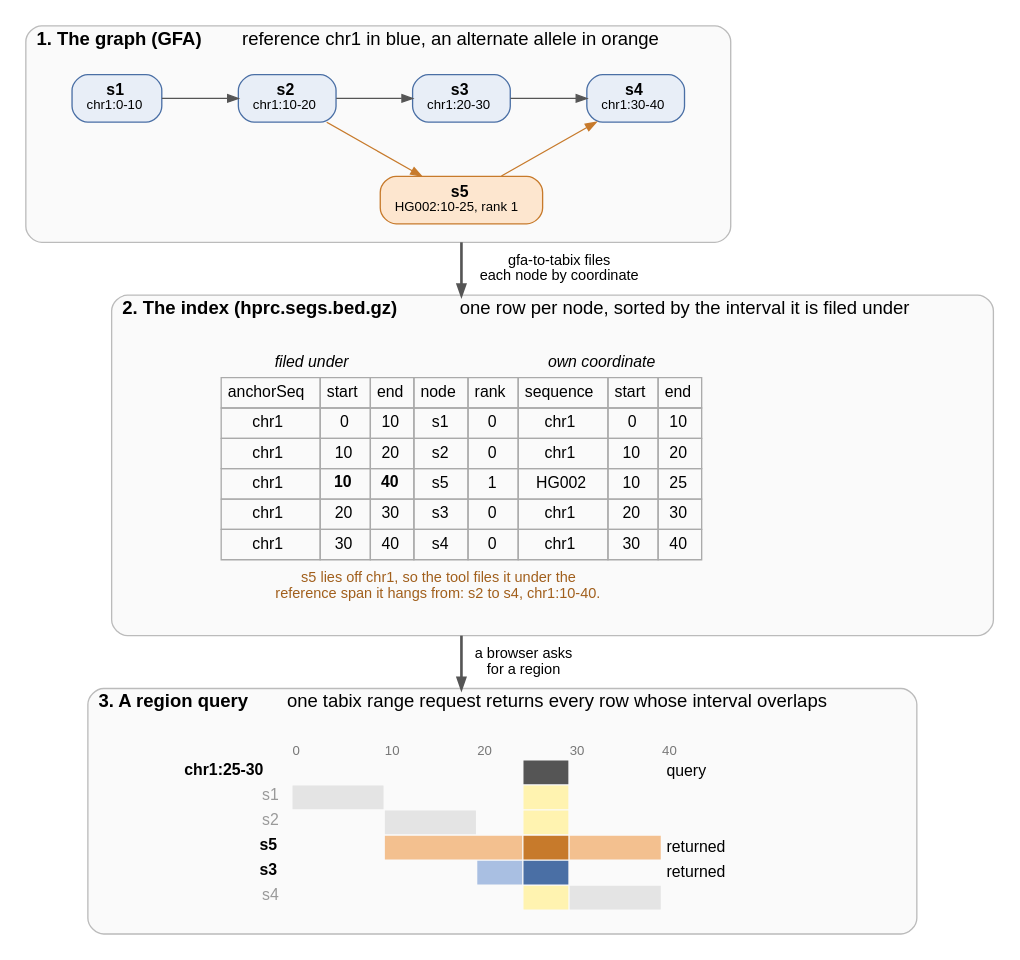
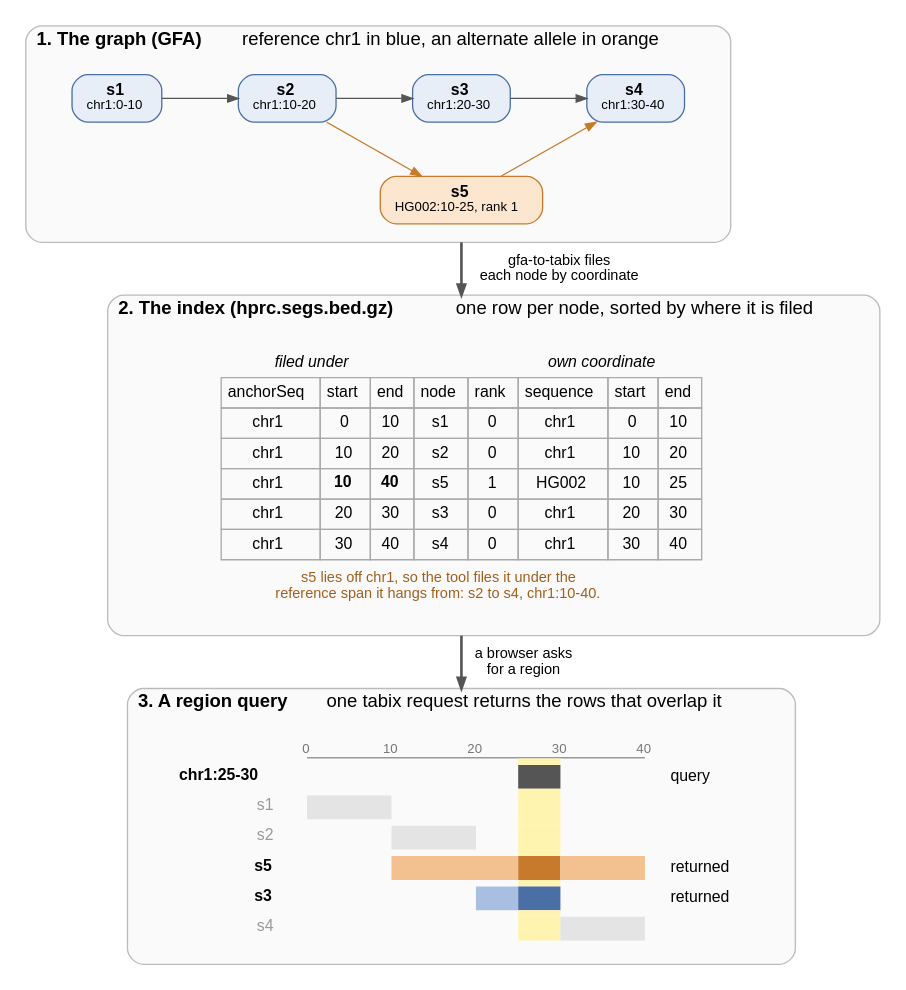
The diagram in docs/overview.dot (GMOD/gfa-to-tabix), drawn with Graphviz before and after one commit. The commit also changed 1 other file, not shown here.

Commit message:
Overview figure: ruler ticks sit on their boundaries, query band runs unbroken, shorter panel subtitles

```diff
--- a/docs/overview.dot
+++ b/docs/overview.dot
@@ -1,76 +1,84 @@
 // Draw with: dot -Tsvg docs/overview.dot -o docs/overview.svg
 digraph overview {
   bgcolor="white"
   fontname="Helvetica"
   rankdir=TB
   newrank=true
   compound=true
   nodesep=0.4
   ranksep=0.55
   node [fontname="Helvetica", fontsize=12, shape=box, style="filled,rounded", fillcolor="#e8eef7", color="#4a6fa5", margin="0.15,0.06"]
   edge [fontname="Helvetica", fontsize=11, color="#555555", arrowsize=0.8]
 
   subgraph cluster_graph {
     label=<<B>1. The graph (GFA)</B>   reference chr1 in blue, an alternate allele in orange>
     labeljust=l
     fontsize=14
     color="#bbbbbb"
     style="rounded,filled"
     fillcolor="#fafafa"
     margin=14
     s1 [label=<<B>s1</B><BR/><FONT POINT-SIZE="10">chr1:0-10</FONT>>]
     s2 [label=<<B>s2</B><BR/><FONT POINT-SIZE="10">chr1:10-20</FONT>>]
     s3 [label=<<B>s3</B><BR/><FONT POINT-SIZE="10">chr1:20-30</FONT>>]
     s4 [label=<<B>s4</B><BR/><FONT POINT-SIZE="10">chr1:30-40</FONT>>]
     s5 [label=<<B>s5</B><BR/><FONT POINT-SIZE="10">HG002:10-25, rank 1</FONT>>, fillcolor="#fde6cf", color="#c77a2b"]
     {rank=same; s1; s2; s3; s4}
     s1 -> s2 -> s3 -> s4 [weight=20]
     s3 -> s5 [style=invis, weight=20]
     s2 -> s5 [color="#c77a2b", weight=0]
     s5 -> s4 [color="#c77a2b", weight=0]
   }
 
   subgraph cluster_files {
-    label=<<B>2. The index (hprc.segs.bed.gz)</B>   one row per node, sorted by the interval it is filed under>
+    label=<<B>2. The index (hprc.segs.bed.gz)</B>   one row per node, sorted by where it is filed>
     labeljust=l
     fontsize=14
     color="#bbbbbb"
     style="rounded,filled"
     fillcolor="#fafafa"
     margin=14
     rows [shape=plaintext, style="", label=<
       <TABLE BORDER="0" CELLBORDER="1" CELLSPACING="0" CELLPADDING="4" COLOR="#aaaaaa">
         <TR><TD COLSPAN="3" BORDER="0"><I>filed under</I></TD><TD COLSPAN="2" BORDER="0"></TD><TD COLSPAN="3" BORDER="0"><I>own coordinate</I></TD></TR>
         <TR BGCOLOR="#dddddd"><TD>anchorSeq</TD><TD>start</TD><TD>end</TD><TD>node</TD><TD>rank</TD><TD>sequence</TD><TD>start</TD><TD>end</TD></TR>
         <TR BGCOLOR="#e8eef7"><TD>chr1</TD><TD>0</TD><TD>10</TD><TD>s1</TD><TD>0</TD><TD>chr1</TD><TD>0</TD><TD>10</TD></TR>
         <TR BGCOLOR="#e8eef7"><TD>chr1</TD><TD>10</TD><TD>20</TD><TD>s2</TD><TD>0</TD><TD>chr1</TD><TD>10</TD><TD>20</TD></TR>
         <TR BGCOLOR="#fde6cf"><TD>chr1</TD><TD><B>10</B></TD><TD><B>40</B></TD><TD>s5</TD><TD>1</TD><TD>HG002</TD><TD>10</TD><TD>25</TD></TR>
         <TR BGCOLOR="#e8eef7"><TD>chr1</TD><TD>20</TD><TD>30</TD><TD>s3</TD><TD>0</TD><TD>chr1</TD><TD>20</TD><TD>30</TD></TR>
         <TR BGCOLOR="#e8eef7"><TD>chr1</TD><TD>30</TD><TD>40</TD><TD>s4</TD><TD>0</TD><TD>chr1</TD><TD>30</TD><TD>40</TD></TR>
         <TR><TD COLSPAN="8" BORDER="0" CELLPADDING="8"><FONT POINT-SIZE="11" COLOR="#a15f1c">s5 lies off chr1, so the tool files it under the<BR/>reference span it hangs from: s2 to s4, chr1:10-40.</FONT></TD></TR>
       </TABLE>>]
   }
 
   subgraph cluster_query {
-    label=<<B>3. A region query</B>   one tabix range request returns every row whose interval overlaps>
+    label=<<B>3. A region query</B>   one tabix request returns the rows that overlap it>
     labeljust=l
     fontsize=14
     color="#bbbbbb"
     style="rounded,filled"
     fillcolor="#fafafa"
     margin=14
     hits [shape=plaintext, style="", label=<
-      <TABLE BORDER="0" CELLBORDER="0" CELLSPACING="1" CELLPADDING="0">
-        <TR><TD></TD><TD WIDTH="34" ALIGN="LEFT"><FONT POINT-SIZE="10" COLOR="#777777">0</FONT></TD><TD WIDTH="34"></TD><TD WIDTH="34" ALIGN="LEFT"><FONT POINT-SIZE="10" COLOR="#777777">10</FONT></TD><TD WIDTH="34"></TD><TD WIDTH="34" ALIGN="LEFT"><FONT POINT-SIZE="10" COLOR="#777777">20</FONT></TD><TD WIDTH="34"></TD><TD WIDTH="34" ALIGN="LEFT"><FONT POINT-SIZE="10" COLOR="#777777">30</FONT></TD><TD WIDTH="34"></TD><TD ALIGN="LEFT"><FONT POINT-SIZE="10" COLOR="#777777">40</FONT></TD></TR>
-        <TR><TD ALIGN="RIGHT" HEIGHT="18"><B>chr1:25-30</B>  </TD><TD COLSPAN="5"></TD><TD BGCOLOR="#555555"></TD><TD COLSPAN="2"></TD><TD ALIGN="LEFT">  query</TD></TR>
-        <TR><TD ALIGN="RIGHT" HEIGHT="18"><FONT COLOR="#999999">s1</FONT>  </TD><TD COLSPAN="2" BGCOLOR="#e4e4e4"></TD><TD COLSPAN="3"></TD><TD BGCOLOR="#fff3b0"></TD><TD COLSPAN="2"></TD><TD></TD></TR>
-        <TR><TD ALIGN="RIGHT" HEIGHT="18"><FONT COLOR="#999999">s2</FONT>  </TD><TD COLSPAN="2"></TD><TD COLSPAN="2" BGCOLOR="#e4e4e4"></TD><TD></TD><TD BGCOLOR="#fff3b0"></TD><TD COLSPAN="2"></TD><TD></TD></TR>
-        <TR><TD ALIGN="RIGHT" HEIGHT="18"><B>s5</B>  </TD><TD COLSPAN="2"></TD><TD COLSPAN="3" BGCOLOR="#f3c08f"></TD><TD BGCOLOR="#c77a2b"></TD><TD COLSPAN="2" BGCOLOR="#f3c08f"></TD><TD ALIGN="LEFT">  returned</TD></TR>
-        <TR><TD ALIGN="RIGHT" HEIGHT="18"><B>s3</B>  </TD><TD COLSPAN="4"></TD><TD BGCOLOR="#a9bfe2"></TD><TD BGCOLOR="#4a6fa5"></TD><TD COLSPAN="2"></TD><TD ALIGN="LEFT">  returned</TD></TR>
-        <TR><TD ALIGN="RIGHT" HEIGHT="18"><FONT COLOR="#999999">s4</FONT>  </TD><TD COLSPAN="5"></TD><TD BGCOLOR="#fff3b0"></TD><TD COLSPAN="2" BGCOLOR="#e4e4e4"></TD><TD></TD></TR>
+      <TABLE BORDER="0" CELLBORDER="0" CELLSPACING="0" CELLPADDING="0">
+        <TR><TD></TD><TD WIDTH="16"></TD><TD WIDTH="16"></TD><TD WIDTH="16"></TD><TD WIDTH="16"></TD><TD WIDTH="16"></TD><TD WIDTH="16"></TD><TD WIDTH="16"></TD><TD WIDTH="16"></TD><TD WIDTH="16"></TD><TD WIDTH="16"></TD><TD WIDTH="16"></TD><TD WIDTH="16"></TD><TD WIDTH="16"></TD><TD WIDTH="16"></TD><TD WIDTH="16"></TD><TD WIDTH="16"></TD><TD WIDTH="16"></TD><TD WIDTH="16"></TD><TD></TD></TR>
+        <TR><TD></TD><TD COLSPAN="2"><FONT POINT-SIZE="10" COLOR="#777777">0</FONT></TD><TD COLSPAN="2"></TD><TD COLSPAN="2"><FONT POINT-SIZE="10" COLOR="#777777">10</FONT></TD><TD COLSPAN="2"></TD><TD COLSPAN="2"><FONT POINT-SIZE="10" COLOR="#777777">20</FONT></TD><TD COLSPAN="2"></TD><TD COLSPAN="2"><FONT POINT-SIZE="10" COLOR="#777777">30</FONT></TD><TD COLSPAN="2"></TD><TD COLSPAN="2"><FONT POINT-SIZE="10" COLOR="#777777">40</FONT></TD><TD></TD></TR>
+        <TR><TD HEIGHT="1"></TD><TD></TD><TD COLSPAN="16" BGCOLOR="#999999"></TD><TD></TD><TD></TD></TR>
+        <TR><TD HEIGHT="5"></TD><TD></TD><TD COLSPAN="10"></TD><TD COLSPAN="2" BGCOLOR="#fff3b0"></TD><TD COLSPAN="4"></TD><TD></TD><TD></TD></TR>
+        <TR><TD ALIGN="RIGHT" HEIGHT="18"><B>chr1:25-30</B>  </TD><TD></TD><TD COLSPAN="10"></TD><TD COLSPAN="2" BGCOLOR="#555555"></TD><TD COLSPAN="4"></TD><TD></TD><TD ALIGN="LEFT">  query</TD></TR>
+        <TR><TD HEIGHT="5"></TD><TD></TD><TD COLSPAN="10"></TD><TD COLSPAN="2" BGCOLOR="#fff3b0"></TD><TD COLSPAN="4"></TD><TD></TD><TD></TD></TR>
+        <TR><TD ALIGN="RIGHT" HEIGHT="18"><FONT COLOR="#999999">s1</FONT>  </TD><TD></TD><TD COLSPAN="4" BGCOLOR="#e4e4e4"></TD><TD COLSPAN="6"></TD><TD COLSPAN="2" BGCOLOR="#fff3b0"></TD><TD COLSPAN="4"></TD><TD></TD><TD ALIGN="LEFT"></TD></TR>
+        <TR><TD HEIGHT="5"></TD><TD></TD><TD COLSPAN="10"></TD><TD COLSPAN="2" BGCOLOR="#fff3b0"></TD><TD COLSPAN="4"></TD><TD></TD><TD></TD></TR>
+        <TR><TD ALIGN="RIGHT" HEIGHT="18"><FONT COLOR="#999999">s2</FONT>  </TD><TD></TD><TD COLSPAN="4"></TD><TD COLSPAN="4" BGCOLOR="#e4e4e4"></TD><TD COLSPAN="2"></TD><TD COLSPAN="2" BGCOLOR="#fff3b0"></TD><TD COLSPAN="4"></TD><TD></TD><TD ALIGN="LEFT"></TD></TR>
+        <TR><TD HEIGHT="5"></TD><TD></TD><TD COLSPAN="10"></TD><TD COLSPAN="2" BGCOLOR="#fff3b0"></TD><TD COLSPAN="4"></TD><TD></TD><TD></TD></TR>
+        <TR><TD ALIGN="RIGHT" HEIGHT="18"><B>s5</B>  </TD><TD></TD><TD COLSPAN="4"></TD><TD COLSPAN="6" BGCOLOR="#f3c08f"></TD><TD COLSPAN="2" BGCOLOR="#c77a2b"></TD><TD COLSPAN="4" BGCOLOR="#f3c08f"></TD><TD></TD><TD ALIGN="LEFT">  returned</TD></TR>
+        <TR><TD HEIGHT="5"></TD><TD></TD><TD COLSPAN="10"></TD><TD COLSPAN="2" BGCOLOR="#fff3b0"></TD><TD COLSPAN="4"></TD><TD></TD><TD></TD></TR>
+        <TR><TD ALIGN="RIGHT" HEIGHT="18"><B>s3</B>  </TD><TD></TD><TD COLSPAN="8"></TD><TD COLSPAN="2" BGCOLOR="#a9bfe2"></TD><TD COLSPAN="2" BGCOLOR="#4a6fa5"></TD><TD COLSPAN="4"></TD><TD></TD><TD ALIGN="LEFT">  returned</TD></TR>
+        <TR><TD HEIGHT="5"></TD><TD></TD><TD COLSPAN="10"></TD><TD COLSPAN="2" BGCOLOR="#fff3b0"></TD><TD COLSPAN="4"></TD><TD></TD><TD></TD></TR>
+        <TR><TD ALIGN="RIGHT" HEIGHT="18"><FONT COLOR="#999999">s4</FONT>  </TD><TD></TD><TD COLSPAN="10"></TD><TD COLSPAN="2" BGCOLOR="#fff3b0"></TD><TD COLSPAN="4" BGCOLOR="#e4e4e4"></TD><TD></TD><TD ALIGN="LEFT"></TD></TR>
       </TABLE>>]
   }
 
   s5 -> rows [ltail=cluster_graph, lhead=cluster_files, label="  gfa-to-tabix files\n  each node by coordinate", penwidth=2]
   rows -> hits [ltail=cluster_files, lhead=cluster_query, label="  a browser asks\n  for a region", penwidth=2]
 }
```
